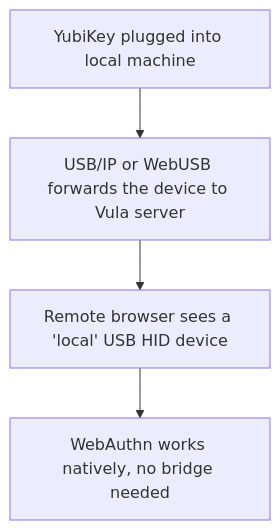
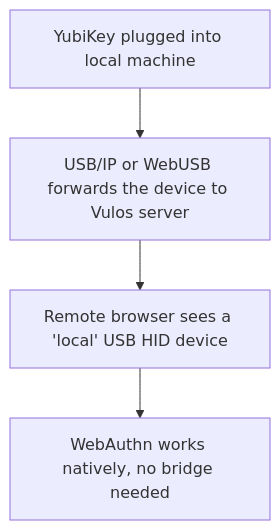
The third of 6 diagrams in roadmap/AUTHENTICATION.md (vul-os/vulos), drawn with Mermaid before and after one commit. The commit also changed other lines of this file and 138 other files, not shown here.

````diff
--- a/roadmap/AUTHENTICATION.md
+++ b/roadmap/AUTHENTICATION.md
@@ -257,8 +257,8 @@
 ```mermaid
 flowchart TD
     A["YubiKey plugged into local machine"]
-    B["USB/IP or WebUSB forwards the device to Vula server"]
+    B["USB/IP or WebUSB forwards the device to Vulos server"]
     C["Remote browser sees a 'local' USB HID device"]
     D["WebAuthn works natively, no bridge needed"]
     A --> B --> C --> D
 ```
````
